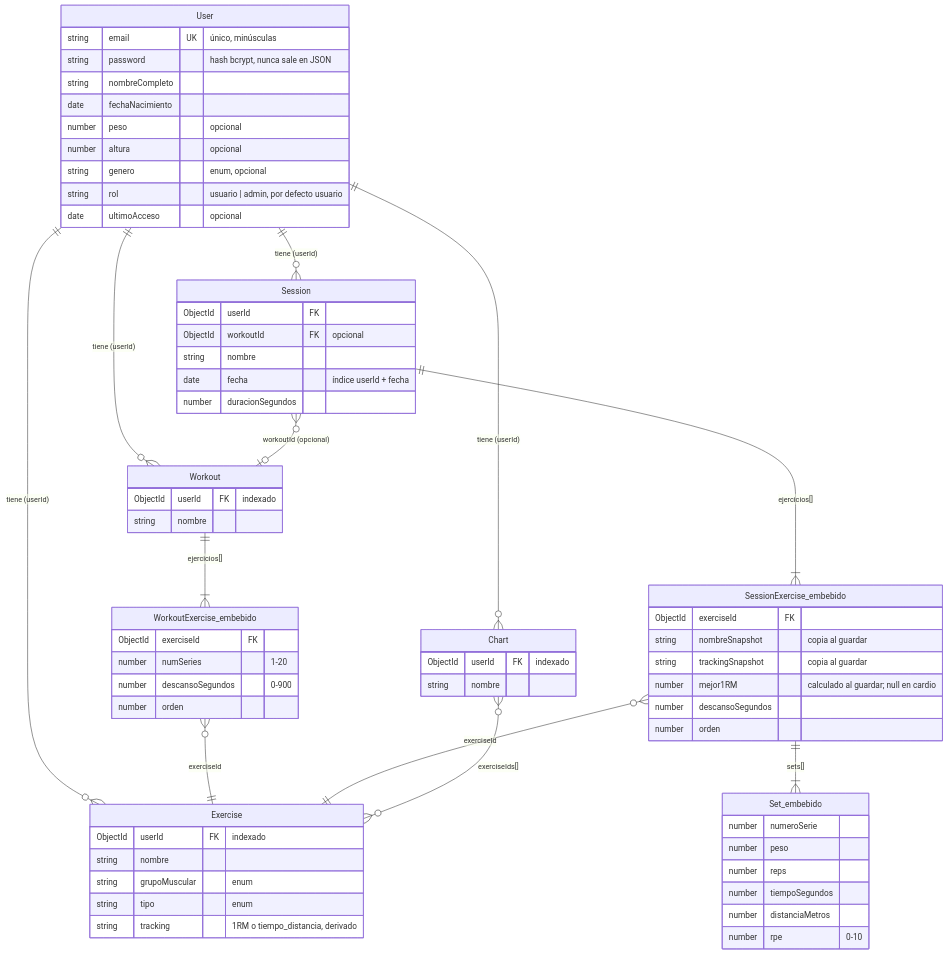
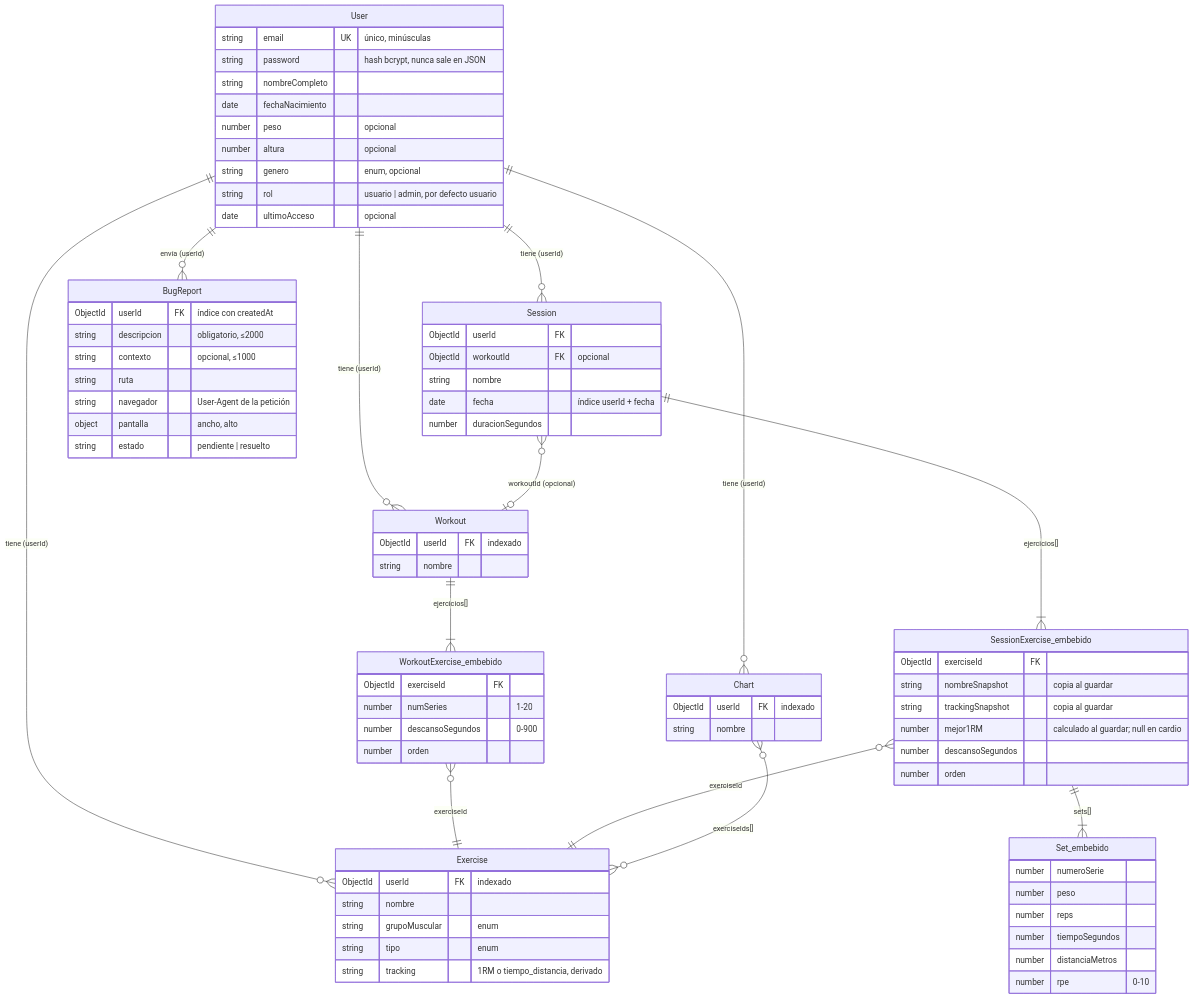
One commit to daviddhernandez2/yieldfit changed the first of 5 diagrams in docs/modelo-datos.md. Above: the diagram before and after it, drawn with Mermaid. The commit also changed other lines of this file and 7 other files, not shown here.

````diff
--- a/docs/modelo-datos.md
+++ b/docs/modelo-datos.md
@@ -13,72 +13,82 @@
 ```mermaid
 erDiagram
     User ||--o{ Exercise : "tiene (userId)"
     User ||--o{ Workout : "tiene (userId)"
     User ||--o{ Session : "tiene (userId)"
     User ||--o{ Chart : "tiene (userId)"
+    User ||--o{ BugReport : "envía (userId)"
 
     Workout ||--|{ WorkoutExercise_embebido : "ejercicios[]"
     Session ||--|{ SessionExercise_embebido : "ejercicios[]"
     SessionExercise_embebido ||--|{ Set_embebido : "sets[]"
 
     WorkoutExercise_embebido }o--|| Exercise : "exerciseId"
     SessionExercise_embebido }o--|| Exercise : "exerciseId"
     Session }o--o| Workout : "workoutId (opcional)"
     Chart }o--o{ Exercise : "exerciseIds[]"
 
     User {
         string email UK "único, minúsculas"
         string password "hash bcrypt, nunca sale en JSON"
         string nombreCompleto
         date fechaNacimiento
         number peso "opcional"
         number altura "opcional"
         string genero "enum, opcional"
         string rol "usuario | admin, por defecto usuario"
         date ultimoAcceso "opcional"
     }
     Exercise {
         ObjectId userId FK "indexado"
         string nombre
         string grupoMuscular "enum"
         string tipo "enum"
         string tracking "1RM o tiempo_distancia, derivado"
     }
     Workout {
         ObjectId userId FK "indexado"
         string nombre
     }
     WorkoutExercise_embebido {
         ObjectId exerciseId FK
         number numSeries "1-20"
         number descansoSegundos "0-900"
         number orden
     }
     Session {
         ObjectId userId FK
         ObjectId workoutId FK "opcional"
         string nombre
         date fecha "índice userId + fecha"
         number duracionSegundos
     }
     SessionExercise_embebido {
         ObjectId exerciseId FK
         string nombreSnapshot "copia al guardar"
         string trackingSnapshot "copia al guardar"
         number mejor1RM "calculado al guardar; null en cardio"
         number descansoSegundos
         number orden
     }
     Set_embebido {
         number numeroSerie
         number peso
         number reps
         number tiempoSegundos
         number distanciaMetros
         number rpe "0-10"
     }
     Chart {
         ObjectId userId FK "indexado"
         string nombre
     }
+    BugReport {
+        ObjectId userId FK "índice con createdAt"
+        string descripcion "obligatorio, ≤2000"
+        string contexto "opcional, ≤1000"
+        string ruta
+        string navegador "User-Agent de la petición"
+        object pantalla "ancho, alto"
+        string estado "pendiente | resuelto"
+    }
 ```
````
